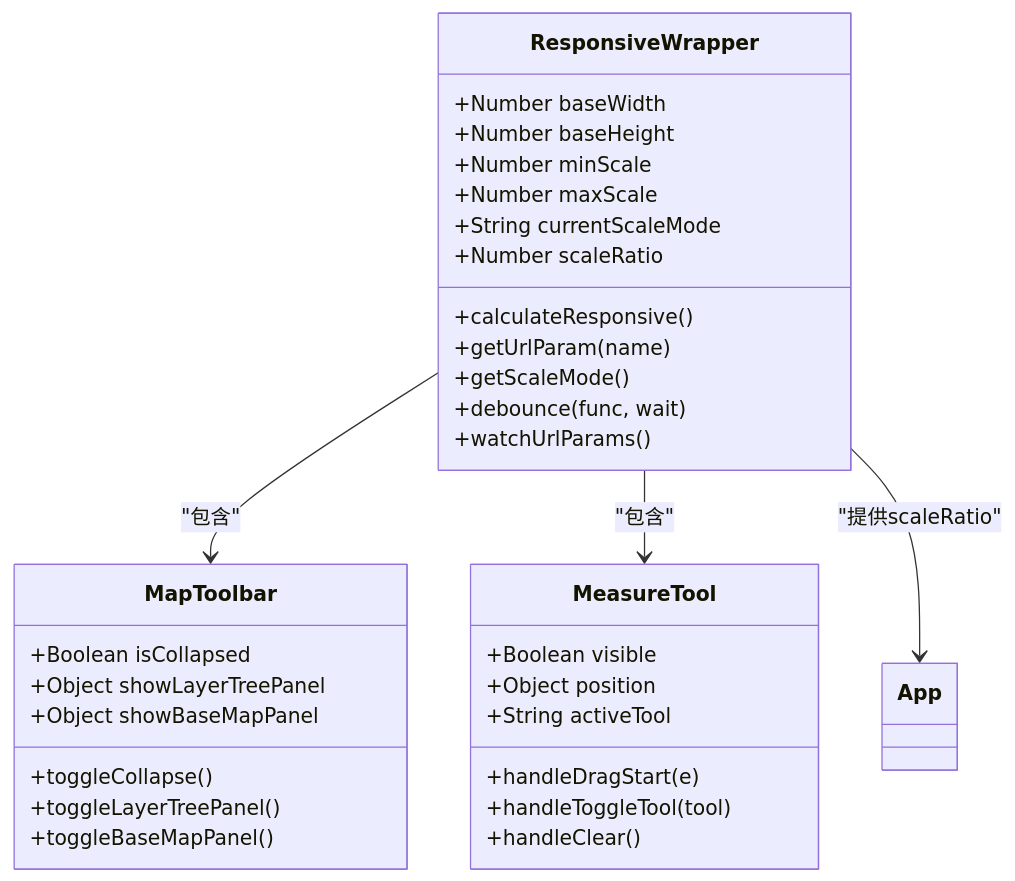
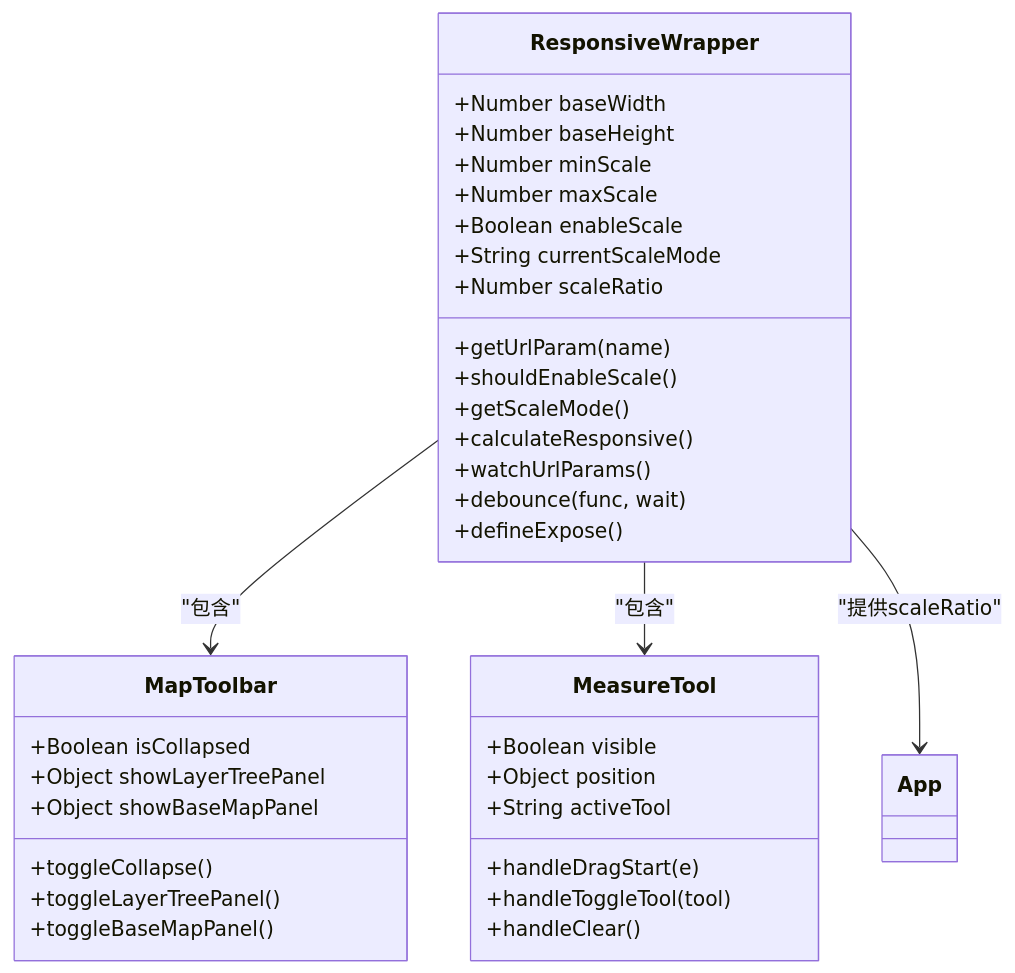
The second of 13 diagrams in .qoder/repowiki/zh/content/核心组件架构/响应式包装器.md (zhibo1997/government-dashboard), drawn with Mermaid before and after one commit. The commit also changed other lines of this file and 28 other files, not shown here.

````diff
--- a/.qoder/repowiki/zh/content/核心组件架构/响应式包装器.md
+++ b/.qoder/repowiki/zh/content/核心组件架构/响应式包装器.md
@@ -79,35 +94,38 @@
 ```mermaid
 classDiagram
 class ResponsiveWrapper {
 +Number baseWidth
 +Number baseHeight
 +Number minScale
 +Number maxScale
++Boolean enableScale
 +String currentScaleMode
 +Number scaleRatio
++getUrlParam(name)
++shouldEnableScale()
++getScaleMode()
 +calculateResponsive()
-+getUrlParam(name)
-+getScaleMode()
++watchUrlParams()
 +debounce(func, wait)
-+watchUrlParams()
++defineExpose()
 }
 class MapToolbar {
 +Boolean isCollapsed
 +Object showLayerTreePanel
 +Object showBaseMapPanel
 +toggleCollapse()
 +toggleLayerTreePanel()
 +toggleBaseMapPanel()
 }
 class MeasureTool {
 +Boolean visible
 +Object position
 +String activeTool
 +handleDragStart(e)
 +handleToggleTool(tool)
 +handleClear()
 }
 ResponsiveWrapper --> MapToolbar : "包含"
 ResponsiveWrapper --> MeasureTool : "包含"
 ResponsiveWrapper --> App : "提供scaleRatio"
 ```
````
